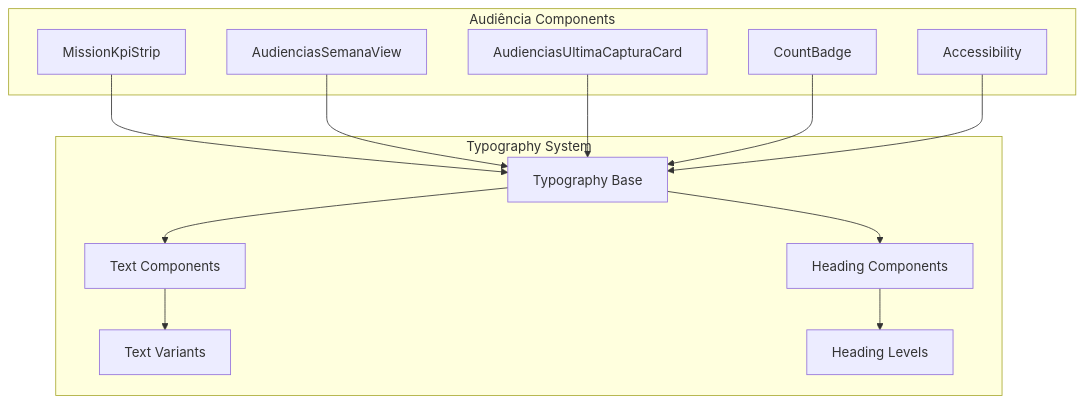
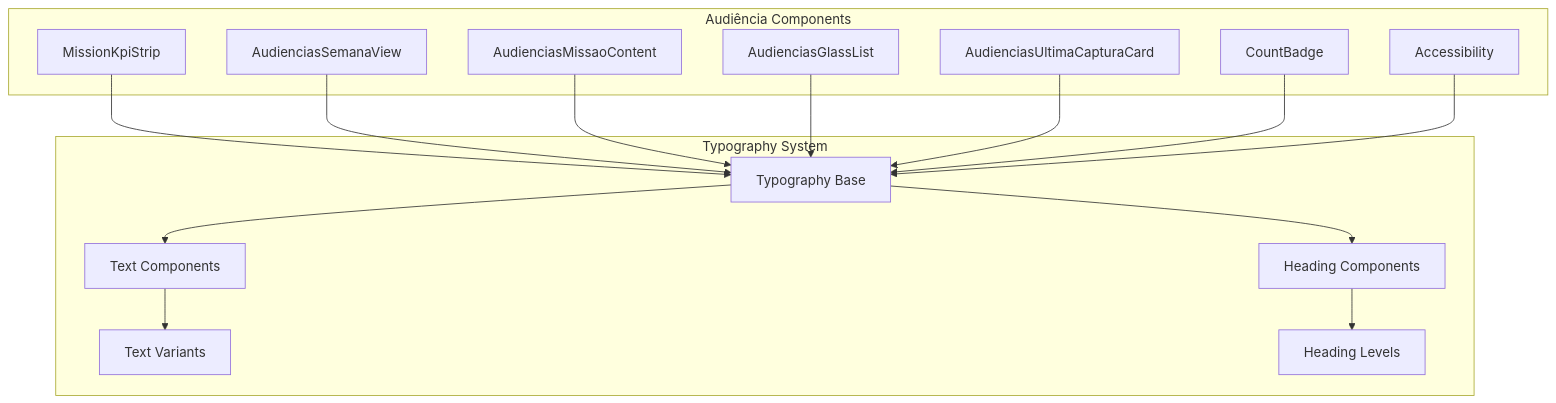
One commit to SinesysTech/zattar-os changed diagram 12 of 20 in .qoder/repowiki/en/content/Audiência Management.md. Above: the diagram before and after it, drawn with Mermaid. The commit also changed other lines of this file and 65 other files, not shown here.

````diff
--- a/.qoder/repowiki/en/content/Audiência Management.md
+++ b/.qoder/repowiki/en/content/Audiência Management.md
@@ -644,26 +693,30 @@
 ```mermaid
 graph TB
 subgraph "Typography System"
 TS[Typography Base]
 H[Heading Components]
 T[Text Components]
 TV[Text Variants]
 HL[Heading Levels]
 end
 subgraph "Audiência Components"
 MK[MissionKpiStrip]
 ASV[AudienciasSemanaView]
+AMC[AudienciasMissaoContent]
+AGL[AudienciasGlassList]
 AC[AudienciasUltimaCapturaCard]
 AB[CountBadge]
 AK[Accessibility]
 end
 TS --> H
 TS --> T
 T --> TV
 H --> HL
 MK --> TS
 ASV --> TS
+AMC --> TS
+AGL --> TS
 AC --> TS
 AB --> TS
 AK --> TS
 ```
````
